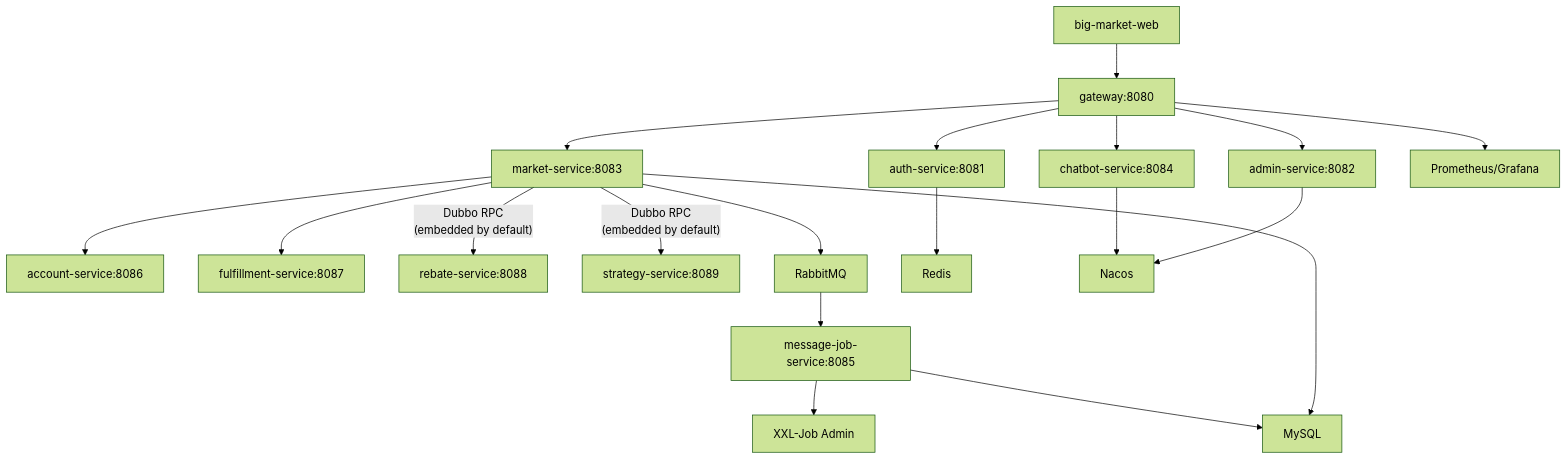
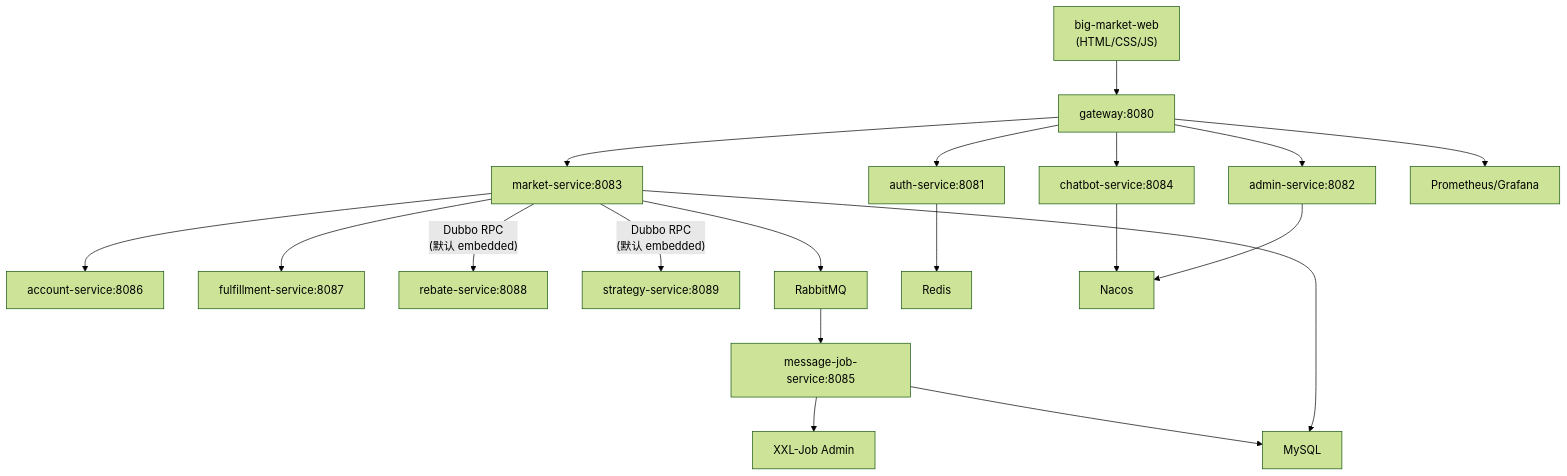
The diagram in docs/learning/03-architecture-overview.md (dyxnb22/big-market-ai-platform), drawn with Mermaid (forest theme) before and after one commit. The commit also changed other lines of this file and 20 other files, not shown here.

````diff
--- a/docs/learning/03-architecture-overview.md
+++ b/docs/learning/03-architecture-overview.md
@@ -25,21 +24,21 @@
 ```mermaid
 flowchart TD
-    Web["big-market-web"] --> Gateway["gateway:8080"]
+    Web["big-market-web\n(HTML/CSS/JS)"] --> Gateway["gateway:8080"]
     Gateway --> Auth["auth-service:8081"]
     Gateway --> Admin["admin-service:8082"]
     Gateway --> Market["market-service:8083"]
     Gateway --> Chatbot["chatbot-service:8084"]
     Market --> Account["account-service:8086"]
     Market --> Fulfillment["fulfillment-service:8087"]
-    Market -->|"Dubbo RPC\n(embedded by default)"| Rebate["rebate-service:8088"]
-    Market -->|"Dubbo RPC\n(embedded by default)"| Strategy["strategy-service:8089"]
+    Market -->|"Dubbo RPC\n(默认 embedded)"| Rebate["rebate-service:8088"]
+    Market -->|"Dubbo RPC\n(默认 embedded)"| Strategy["strategy-service:8089"]
     Market --> MQ["RabbitMQ"]
     MQ --> MessageJob["message-job-service:8085"]
     MessageJob --> XXL["XXL-Job Admin"]
     Auth --> Redis["Redis"]
     Market --> MySQL["MySQL"]
     MessageJob --> MySQL
     Admin --> Nacos["Nacos"]
     Chatbot --> Nacos
     Gateway --> Metrics["Prometheus/Grafana"]
 ```
````
